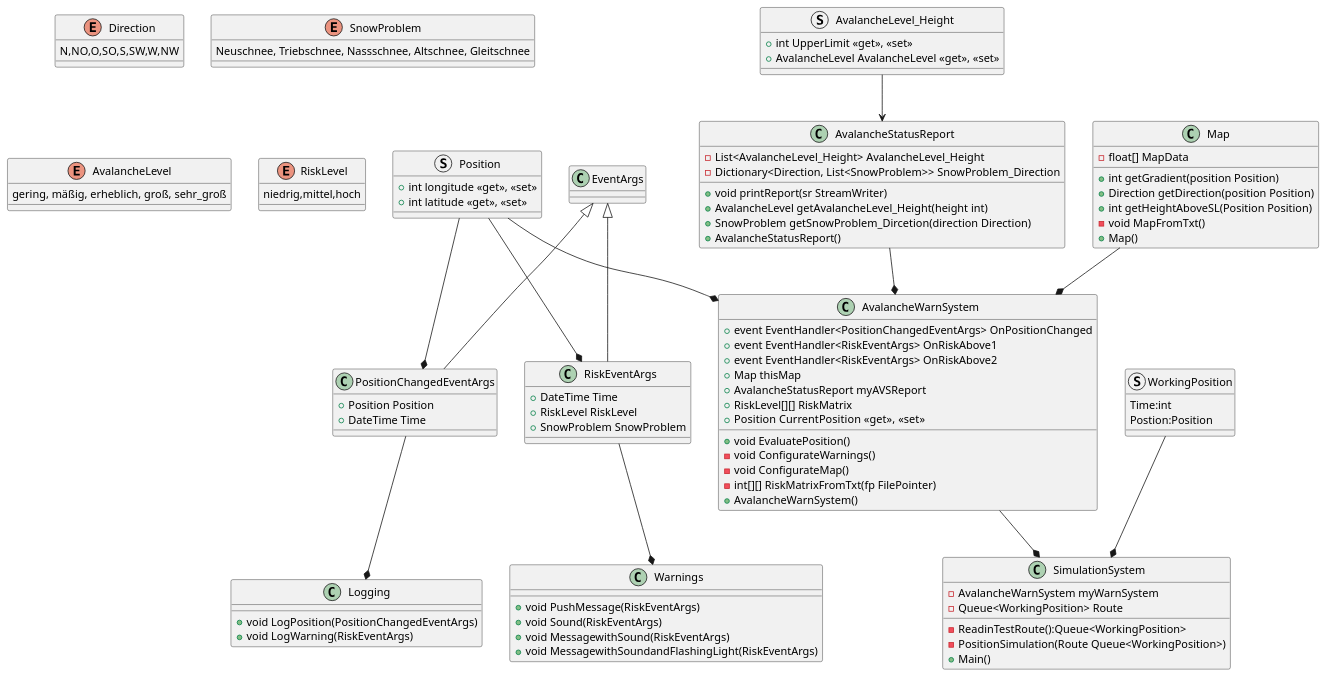
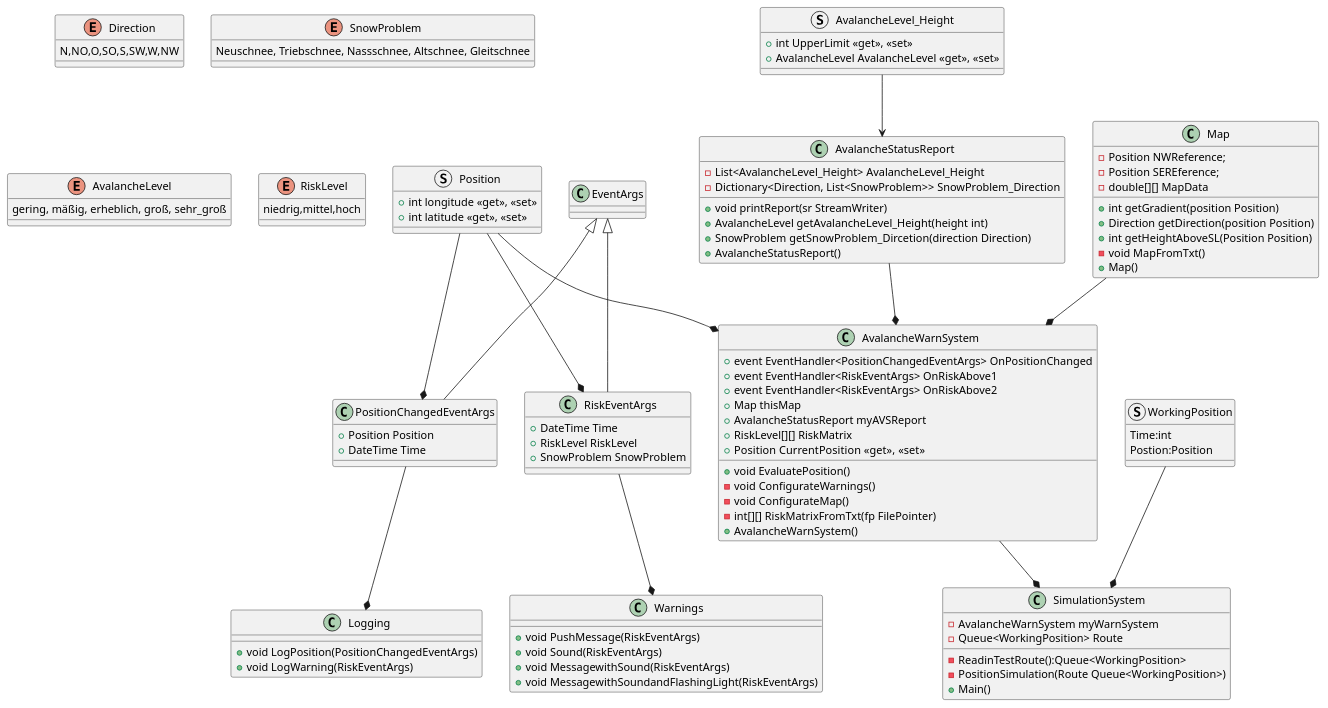
Before and after one commit to ganz-anders/poorgrammar: the diagram in ClassDiagram.puml, drawn with PlantUML. The commit also changed 1 other file, not shown here.

Commit message:
updated the class diagram

```diff
--- a/ClassDiagram.puml
+++ b/ClassDiagram.puml
@@ -1,124 +1,126 @@
 @startuml ClassDiagram
 enum Direction
 {
     N,NO,O,SO,S,SW,W,NW
 }
 
 enum SnowProblem
 {
     Neuschnee, Triebschnee, Nassschnee, Altschnee, Gleitschnee
 }
 
 enum AvalancheLevel
 {
     gering, mäßig, erheblich, groß, sehr_groß
 }
 
 enum RiskLevel
 {
     niedrig,mittel,hoch
 }
 
 struct Position
 {
     + int longitude <<get>>, <<set>>
     + int latitude <<get>>, <<set>>
 }
 
 struct AvalancheLevel_Height
 {
     + int UpperLimit <<get>>, <<set>>
     + AvalancheLevel AvalancheLevel <<get>>, <<set>>
 }
 
 class AvalancheStatusReport
 {
     - List<AvalancheLevel_Height> AvalancheLevel_Height
     - Dictionary<Direction, List<SnowProblem>> SnowProblem_Direction
     + void printReport(sr StreamWriter)
     + AvalancheLevel getAvalancheLevel_Height(height int)
     + SnowProblem getSnowProblem_Dircetion(direction Direction)
     + AvalancheStatusReport()
 }
 
 class Map
 {
-    - float[] MapData
+    - Position NWReference;
+    - Position SEREference;
+    - double[][] MapData
     + int getGradient(position Position)
     + Direction getDirection(position Position)
     + int getHeightAboveSL(Position Position)
     - void MapFromTxt()
     + Map()
 }
 
 class Warnings
 {
     + void PushMessage(RiskEventArgs)
     + void Sound(RiskEventArgs)
     + void MessagewithSound(RiskEventArgs)
     + void MessagewithSoundandFlashingLight(RiskEventArgs)
 }
 
 class Logging
 {
     + void LogPosition(PositionChangedEventArgs)
     + void LogWarning(RiskEventArgs)
 }
 
 class PositionChangedEventArgs
 {
     + Position Position
     + DateTime Time
 }
 
 class RiskEventArgs
 {
     + DateTime Time
     + RiskLevel RiskLevel
     + SnowProblem SnowProblem
 }
 
 class AvalancheWarnSystem
 {
     + event EventHandler<PositionChangedEventArgs> OnPositionChanged
     + event EventHandler<RiskEventArgs> OnRiskAbove1
     + event EventHandler<RiskEventArgs> OnRiskAbove2
     + Map thisMap
     + AvalancheStatusReport myAVSReport
     + RiskLevel[][] RiskMatrix
     + Position CurrentPosition <<get>>,  <<set>>
     + void EvaluatePosition()
     - void ConfigurateWarnings()
     - void ConfigurateMap()
     - int[][] RiskMatrixFromTxt(fp FilePointer)  
     + AvalancheWarnSystem()
 }
 
 struct WorkingPosition
 {
     Time:int
     Postion:Position    
 }
 class SimulationSystem
 {
     - AvalancheWarnSystem myWarnSystem
     - Queue<WorkingPosition> Route
     - ReadinTestRoute():Queue<WorkingPosition>
     - PositionSimulation(Route Queue<WorkingPosition>)
     + Main()
 }
 
 RiskEventArgs --* Warnings
 PositionChangedEventArgs --* Logging
 EventArgs <|-- RiskEventArgs
 EventArgs <|-- PositionChangedEventArgs
 AvalancheLevel_Height --> AvalancheStatusReport
 Position --* RiskEventArgs
 Position --* PositionChangedEventArgs
 Position --* AvalancheWarnSystem
 AvalancheStatusReport --* AvalancheWarnSystem
 Map --* AvalancheWarnSystem
 AvalancheWarnSystem --* SimulationSystem
 WorkingPosition --* SimulationSystem
 
 @enduml
```
